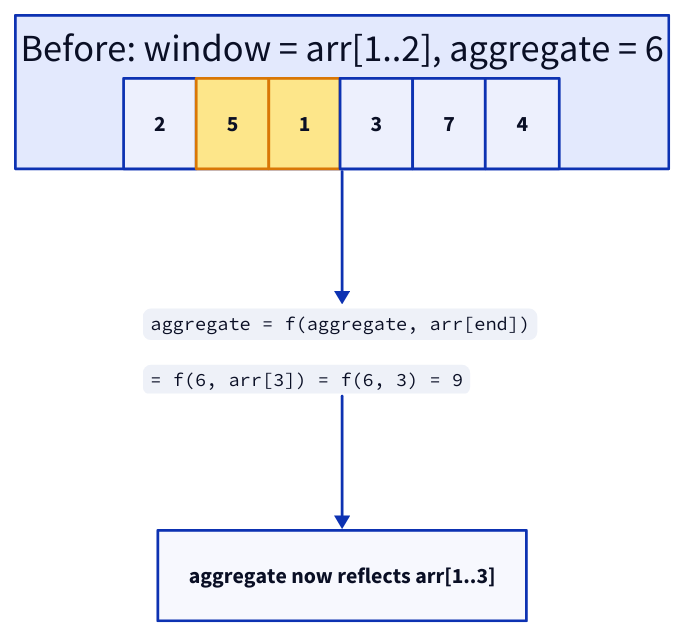
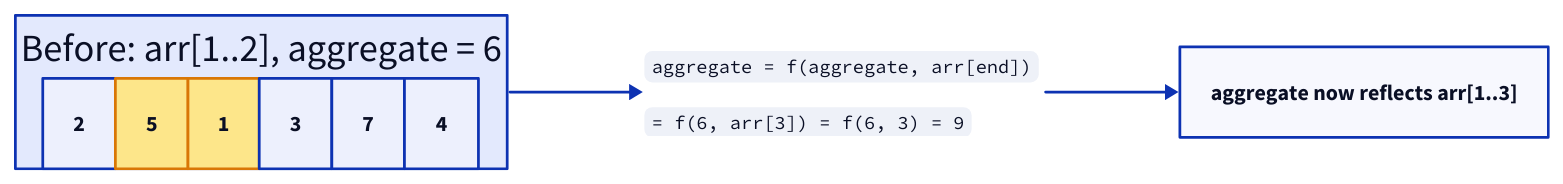
Before and after one commit to ani2fun/note-book: the fifth of 18 diagrams in src/computer-science/DSA/data-structures/1.arrays/08-pattern-variable-sliding-window.md, drawn with D2. The commit also changed other lines of this file and 28 other files, not shown here.

First line of the commit message:
DSA topics 1-5: lay out flow-style d2 diagrams horizontally

````diff
--- a/src/computer-science/DSA/data-structures/1.arrays/08-pattern-variable-sliding-window.md
+++ b/src/computer-science/DSA/data-structures/1.arrays/08-pattern-variable-sliding-window.md
@@ -192,23 +194,25 @@
 ```d2
-before: "Before: window = arr[1..2], aggregate = 6" {
+direction: right
+
+before: "Before: arr[1..2], aggregate = 6" {
   grid-columns: 6
   grid-gap: 0
   a0: "2"
   a1: "5" {style.fill: "#fde68a"; style.stroke: "#d97706"}
   a2: "1" {style.fill: "#fde68a"; style.stroke: "#d97706"}
   a3: "3"
   a4: "7"
   a5: "4"
 }
 
 op: |md
   `aggregate = f(aggregate, arr[end])`
 
   `= f(6, arr[3]) = f(6, 3) = 9`
 |
 
 after_note: "aggregate now reflects arr[1..3]"
 
 before -> op
 op -> after_note
 ```
````
